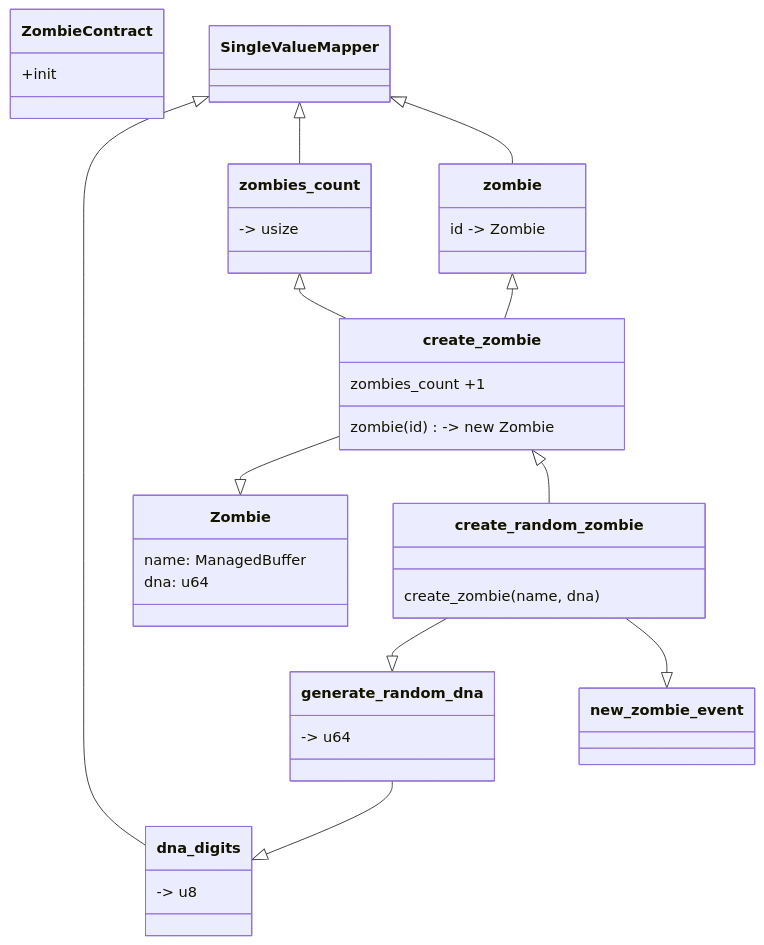
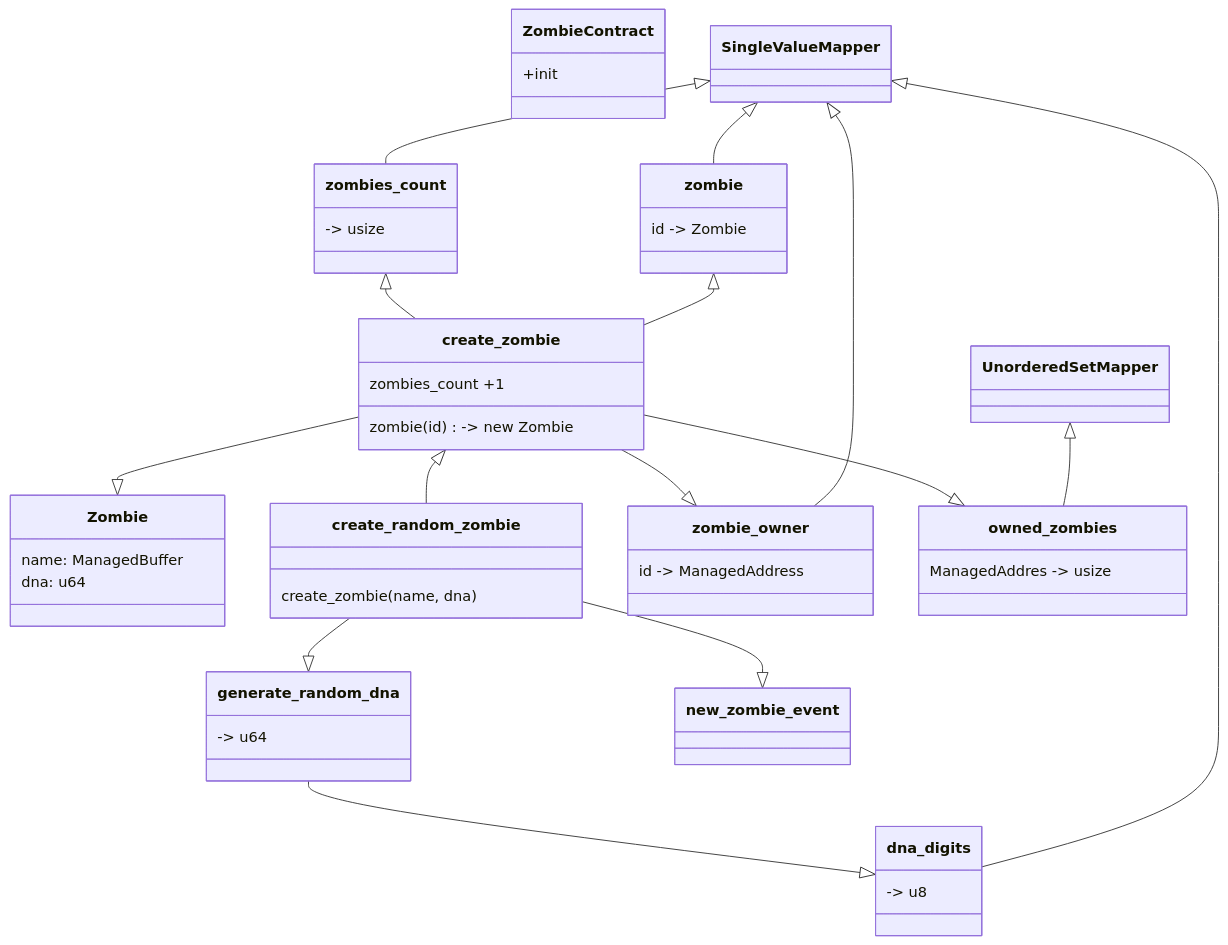
Before and after one commit to andreireanu/cryptozombies: the diagram in README.md, drawn with Mermaid. The commit also changed 5 other files, not shown here.

````diff
--- a/README.md
+++ b/README.md
@@ -7,43 +7,55 @@
 ```mermaid
 classDiagram
     class ZombieContract{
         +init 
     }
     class SingleValueMapper
     SingleValueMapper <|-- dna_digits
     class dna_digits {
         -> u8
     }
     SingleValueMapper <|-- zombies_count
     class zombies_count {
         -> usize
     }
     SingleValueMapper <|-- zombie
     class zombie {
         id ->        Zombie
     }
     class Zombie {
         name: ManagedBuffer
         dna: u64
     }
     create_zombie --|> Zombie  
     class create_zombie {
         zombie(id) -> new Zombie
         zombies_count +1
     }
     zombie <|-- create_zombie  
     zombies_count  <|-- create_zombie 
     class generate_random_dna{
         -> u64
     }
     class create_random_zombie {
         create_zombie(name, dna)
      }
     create_random_zombie --|> generate_random_dna 
     create_zombie <|-- create_random_zombie
     generate_random_dna --|> dna_digits
     class new_zombie_event {
     }
     create_random_zombie --|> new_zombie_event
+    class zombie_owner{
+        id -> ManagedAddress    
+    }
+    SingleValueMapper <|-- zombie_owner
+    class UnorderedSetMapper{
+    }
+    class owned_zombies{
+        ManagedAddres -> usize
+    }
+    UnorderedSetMapper <|-- owned_zombies
+    create_zombie --|> zombie_owner 
+    create_zombie --|> owned_zombies 
     
 ```
````
